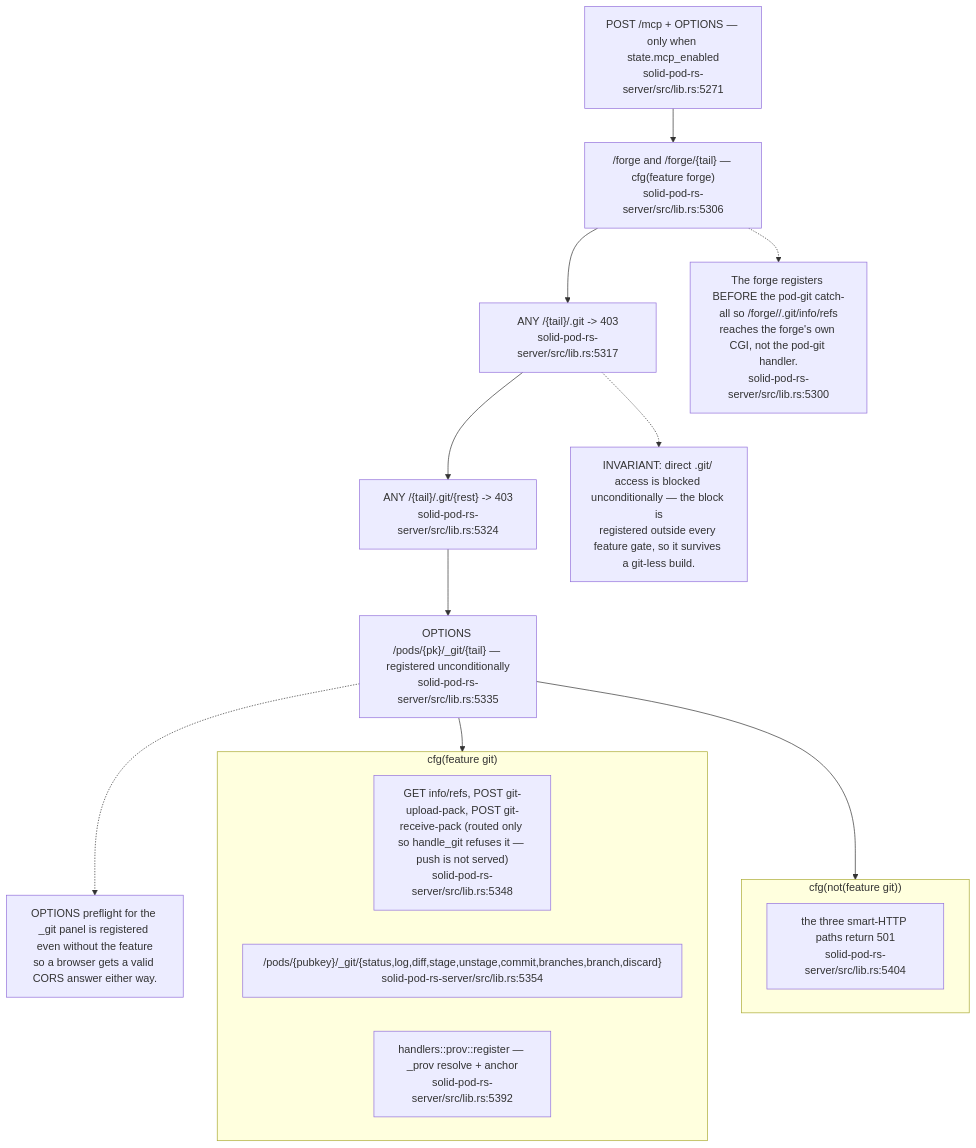
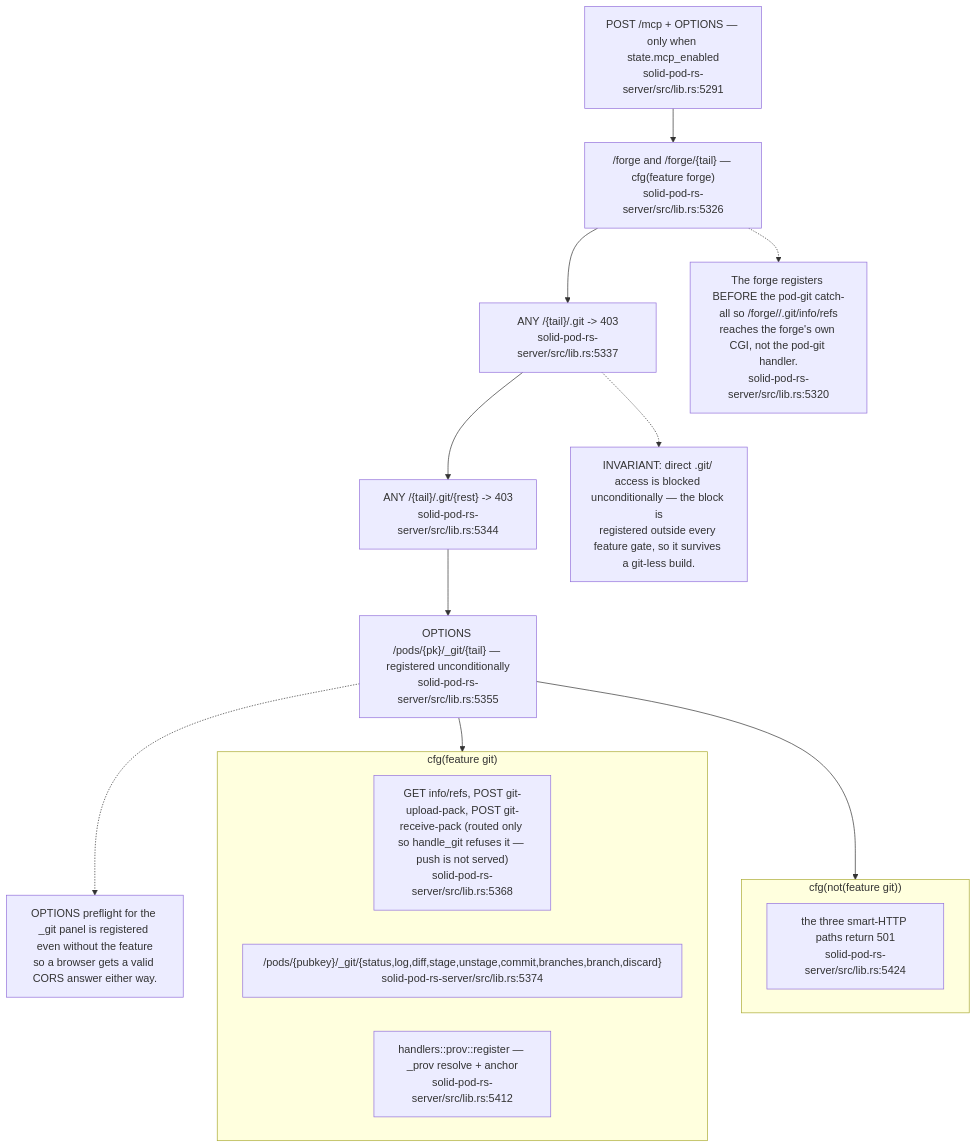
One commit to DreamLab-AI/VisionFlow changed the ninth of 11 diagrams in docs/diagrams/solid-pod-rs/02-server-boot-and-routes.md. Above: the diagram before and after it, drawn with Mermaid. The commit also changed other lines of this file and 47 other files, not shown here.

````diff
--- a/docs/diagrams/solid-pod-rs/02-server-boot-and-routes.md
+++ b/docs/diagrams/solid-pod-rs/02-server-boot-and-routes.md
@@ -255,27 +268,27 @@
 ```mermaid
 flowchart TD
-    MCP["POST /mcp + OPTIONS — only when state.mcp_enabled<br/>solid-pod-rs-server/src/lib.rs:5271"]
-    FORGE["/forge and /forge/{tail} — cfg(feature forge)<br/>solid-pod-rs-server/src/lib.rs:5306"]
-    BLOCK1["ANY /{tail}/.git -> 403<br/>solid-pod-rs-server/src/lib.rs:5317"]
-    BLOCK2["ANY /{tail}/.git/{rest} -> 403<br/>solid-pod-rs-server/src/lib.rs:5324"]
-    PANEL_OPT["OPTIONS /pods/{pk}/_git/{tail} — registered unconditionally<br/>solid-pod-rs-server/src/lib.rs:5335"]
+    MCP["POST /mcp + OPTIONS — only when state.mcp_enabled<br/>solid-pod-rs-server/src/lib.rs:5291"]
+    FORGE["/forge and /forge/{tail} — cfg(feature forge)<br/>solid-pod-rs-server/src/lib.rs:5326"]
+    BLOCK1["ANY /{tail}/.git -> 403<br/>solid-pod-rs-server/src/lib.rs:5337"]
+    BLOCK2["ANY /{tail}/.git/{rest} -> 403<br/>solid-pod-rs-server/src/lib.rs:5344"]
+    PANEL_OPT["OPTIONS /pods/{pk}/_git/{tail} — registered unconditionally<br/>solid-pod-rs-server/src/lib.rs:5355"]
 
     subgraph GITON["cfg(feature git)"]
-        SMART["GET info/refs, POST git-upload-pack, POST git-receive-pack (routed only so handle_git refuses it — push is not served)<br/>solid-pod-rs-server/src/lib.rs:5348"]
-        PANEL["/pods/{pubkey}/_git/{status,log,diff,stage,unstage,commit,branches,branch,discard}<br/>solid-pod-rs-server/src/lib.rs:5354"]
-        PROVR["handlers::prov::register — _prov resolve + anchor<br/>solid-pod-rs-server/src/lib.rs:5392"]
+        SMART["GET info/refs, POST git-upload-pack, POST git-receive-pack (routed only so handle_git refuses it — push is not served)<br/>solid-pod-rs-server/src/lib.rs:5368"]
+        PANEL["/pods/{pubkey}/_git/{status,log,diff,stage,unstage,commit,branches,branch,discard}<br/>solid-pod-rs-server/src/lib.rs:5374"]
+        PROVR["handlers::prov::register — _prov resolve + anchor<br/>solid-pod-rs-server/src/lib.rs:5412"]
     end
     subgraph GITOFF["cfg(not(feature git))"]
-        R501["the three smart-HTTP paths return 501<br/>solid-pod-rs-server/src/lib.rs:5404"]
+        R501["the three smart-HTTP paths return 501<br/>solid-pod-rs-server/src/lib.rs:5424"]
     end
 
     MCP --> FORGE --> BLOCK1 --> BLOCK2 --> PANEL_OPT --> GITON
     PANEL_OPT --> GITOFF
 
     N1["INVARIANT: direct .git/ access is blocked unconditionally — the block is\nregistered outside every feature gate, so it survives a git-less build."]
     BLOCK1 -.-> N1
-    N2["The forge registers BEFORE the pod-git catch-all so /forge/<o>/<n>.git/info/refs\nreaches the forge's own CGI, not the pod-git handler.<br/>solid-pod-rs-server/src/lib.rs:5300"]
+    N2["The forge registers BEFORE the pod-git catch-all so /forge/<o>/<n>.git/info/refs\nreaches the forge's own CGI, not the pod-git handler.<br/>solid-pod-rs-server/src/lib.rs:5320"]
     FORGE -.-> N2
     N3["OPTIONS preflight for the _git panel is registered even without the feature\nso a browser gets a valid CORS answer either way."]
     PANEL_OPT -.-> N3
 ```
````
